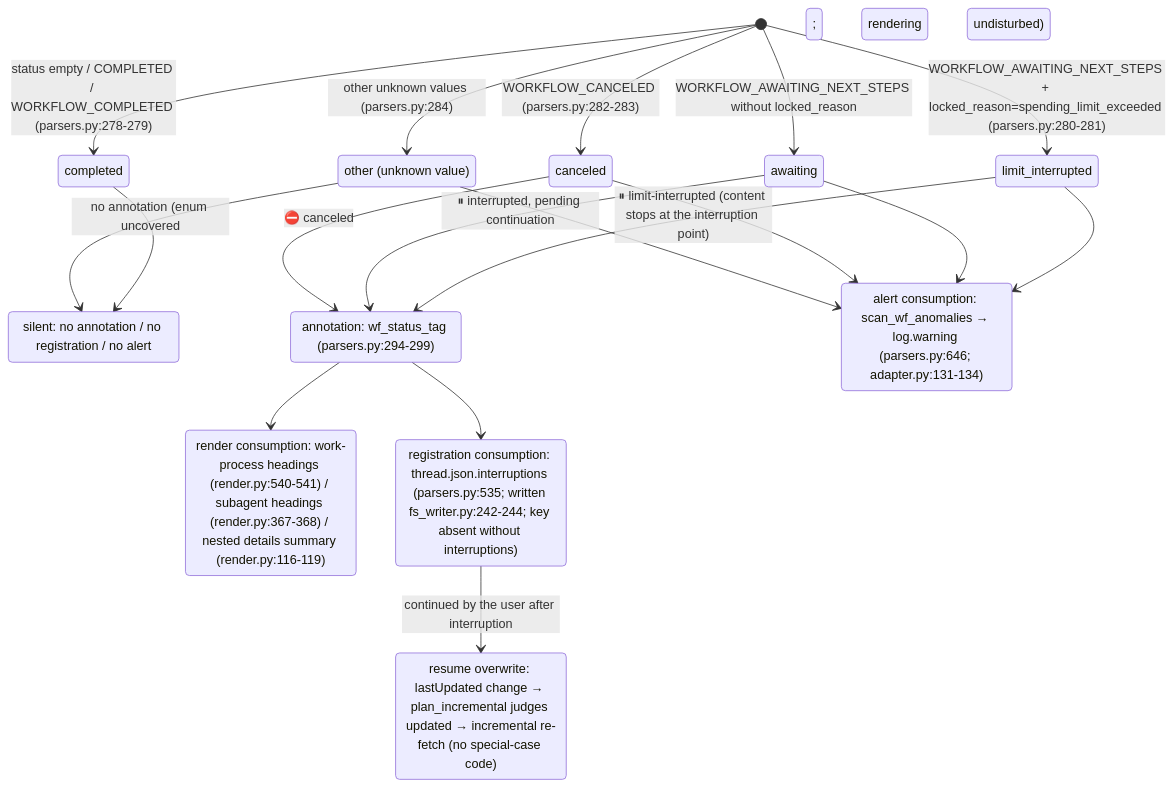
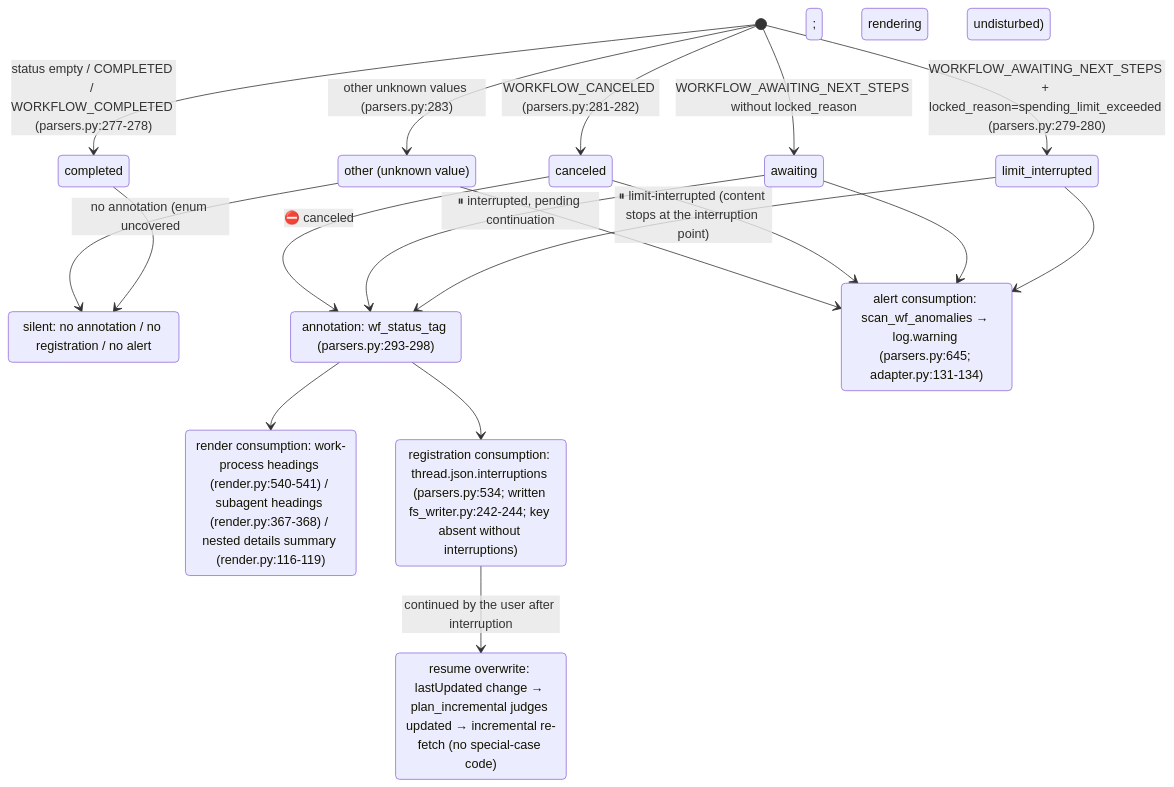
The second of 2 diagrams in docs/architecture/subagents-interruptions.md (Yiksing/pplx-tools), drawn with Mermaid before and after one commit. The commit also changed other lines of this file and 54 other files, not shown here.

````diff
--- a/docs/architecture/subagents-interruptions.md
+++ b/docs/architecture/subagents-interruptions.md
@@ -51,33 +51,33 @@
 ```mermaid
 stateDiagram-v2
     state "completed" as c1
     state "limit_interrupted" as c2
     state "awaiting" as c3
     state "canceled" as c4
     state "other (unknown value)" as c5
     state "silent: no annotation / no registration / no alert" as quiet
-    state "annotation: wf_status_tag (parsers.py:294-299)" as tag
+    state "annotation: wf_status_tag (parsers.py:293-298)" as tag
     state "render consumption: work-process headings (render.py:540-541) / subagent headings (render.py:367-368) / nested details summary (render.py:116-119)" as consume1
-    state "registration consumption: thread.json.interruptions (parsers.py:535; written fs_writer.py:242-244; key absent without interruptions)" as consume2
-    state "alert consumption: scan_wf_anomalies → log.warning (parsers.py:646; adapter.py:131-134)" as consume3
+    state "registration consumption: thread.json.interruptions (parsers.py:534; written fs_writer.py:242-244; key absent without interruptions)" as consume2
+    state "alert consumption: scan_wf_anomalies → log.warning (parsers.py:645; adapter.py:131-134)" as consume3
     state "resume overwrite: lastUpdated change → plan_incremental judges updated → incremental re-fetch (no special-case code)" as cont
 
-    [*] --> c1 : status empty / COMPLETED / WORKFLOW_COMPLETED (parsers.py:278-279)
-    [*] --> c2 : WORKFLOW_AWAITING_NEXT_STEPS + locked_reason=spending_limit_exceeded (parsers.py:280-281)
+    [*] --> c1 : status empty / COMPLETED / WORKFLOW_COMPLETED (parsers.py:277-278)
+    [*] --> c2 : WORKFLOW_AWAITING_NEXT_STEPS + locked_reason=spending_limit_exceeded (parsers.py:279-280)
     [*] --> c3 : WORKFLOW_AWAITING_NEXT_STEPS without locked_reason
-    [*] --> c4 : WORKFLOW_CANCELED (parsers.py:282-283)
-    [*] --> c5 : other unknown values (parsers.py:284)
+    [*] --> c4 : WORKFLOW_CANCELED (parsers.py:281-282)
+    [*] --> c5 : other unknown values (parsers.py:283)
 
     c1 --> quiet
     c5 --> quiet : no annotation (enum uncovered; rendering undisturbed)
     c2 --> tag : ⏸ limit-interrupted (content stops at the interruption point)
     c3 --> tag : ⏸ interrupted, pending continuation
     c4 --> tag : ⛔ canceled
     tag --> consume1
     tag --> consume2
     c2 --> consume3
     c3 --> consume3
     c4 --> consume3
     c5 --> consume3
     consume2 --> cont : continued by the user after interruption
 ```
````
